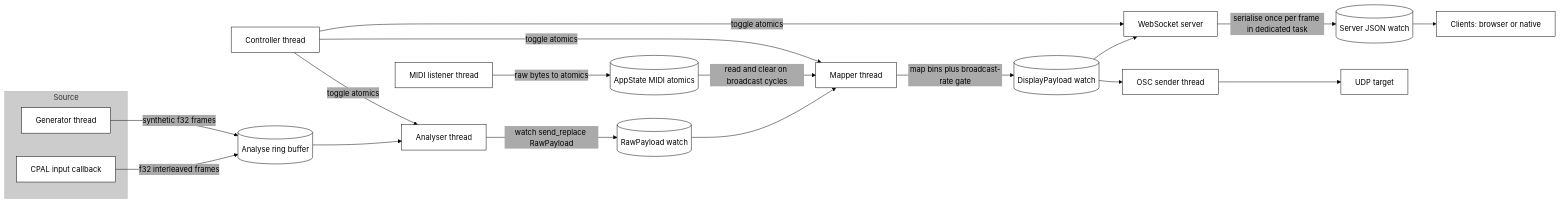
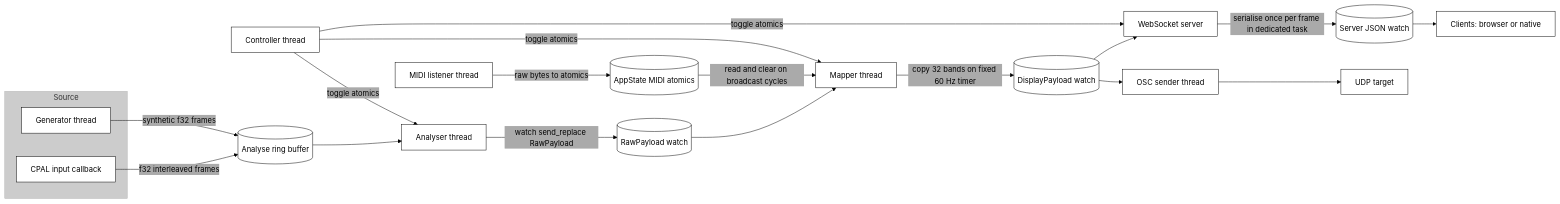
Before and after one commit to rayboyd/phase4: the second of 4 diagrams in docs/system/lifecycle.md, drawn with Mermaid. The commit also changed 28 other files, not shown here.

````diff
--- a/docs/system/lifecycle.md
+++ b/docs/system/lifecycle.md
@@ -66,45 +66,45 @@
 ```mermaid
 %%{init: {
 	"theme": "base",
 	"themeVariables": {
 		"background": "#ffffff",
 		"fontFamily": "monospace",
 		"fontSize": "16px",
 		"lineColor": "#000",
 		"primaryBorderColor": "#000",
 		"primaryColor": "#fff",
 		"primaryTextColor": "#000",
 		"secondaryColor": "#aaa",
 		"tertiaryColor": "#ccc"
 	},
 	"flowchart": {
 		"curve": "basis",
 		"htmlLabels": true
 	}
 }}%%
 flowchart LR
 		subgraph Source
 			A1[CPAL input callback]:::source
 			A2[Generator thread]:::source
 		end
 
 		A1 -->|f32 interleaved frames| B2[(Analyse ring buffer)]
 		A2 -->|synthetic f32 frames| B2
 
 		B2 --> C2[Analyser thread]
 		C2 -->|watch send_replace RawPayload| E[(RawPayload watch)]
 		E --> F[Mapper thread]
-		F -->|map bins plus broadcast-rate gate| G[(DisplayPayload watch)]
+		F -->|copy 32 bands on fixed 60 Hz timer| G[(DisplayPayload watch)]
 		N1[MIDI listener thread] -->|raw bytes to atomics| N2[(AppState MIDI atomics)]
 		N2 -->|read and clear on broadcast cycles| F
 		G --> H[WebSocket server]
 		H -->|serialise once per frame in dedicated task| H2[(Server JSON watch)]
 		H2 --> I[Clients: browser or native]
 		G --> L[OSC sender thread]
 		L --> M[UDP target]
 
 		J[Controller thread] -->|toggle atomics| C2
 		J -->|toggle atomics| F
 		J -->|toggle atomics| H
 
 ```
````
